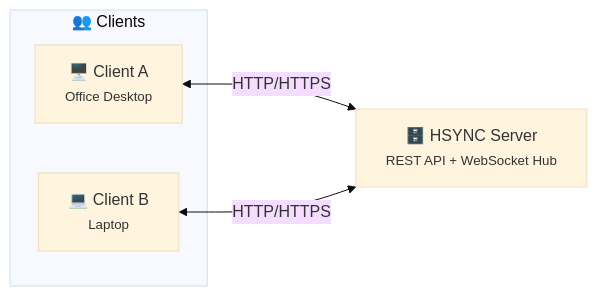
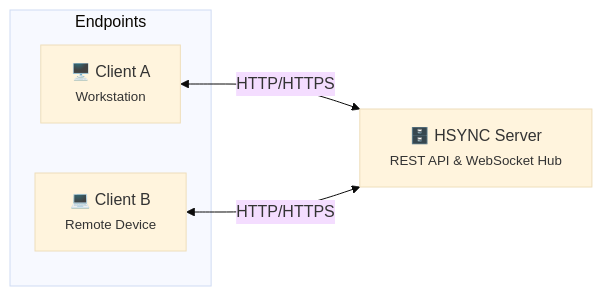
Before and after one commit to albertsdk/hsync: the first of 3 diagrams in README.md, drawn with Mermaid (base theme). The commit also changed other lines of this file, not shown here.

````diff
--- a/README.md
+++ b/README.md
@@ -74,12 +105,13 @@
 ```mermaid
 flowchart LR
-    subgraph Clients["👥 Clients"]
-        CA["🖥️ Client A<br/><small>Office Desktop</small>"]
-        CB["💻 Client B<br/><small>Laptop</small>"]
+    subgraph Clients["Endpoints"]
+        CA["🖥️ Client A<br/><small>Workstation</small>"]
+        CB["💻 Client B<br/><small>Remote Device</small>"]
     end
 
-    Server["🗄️ HSYNC Server<br/><small>REST API + WebSocket Hub</small>"]
+    Server["🗄️ HSYNC Server<br/><small>REST API & WebSocket Hub</small>"]
 
     CA <-->|"HTTP/HTTPS"| Server
     CB <-->|"HTTP/HTTPS"| Server
+
 ```
````
